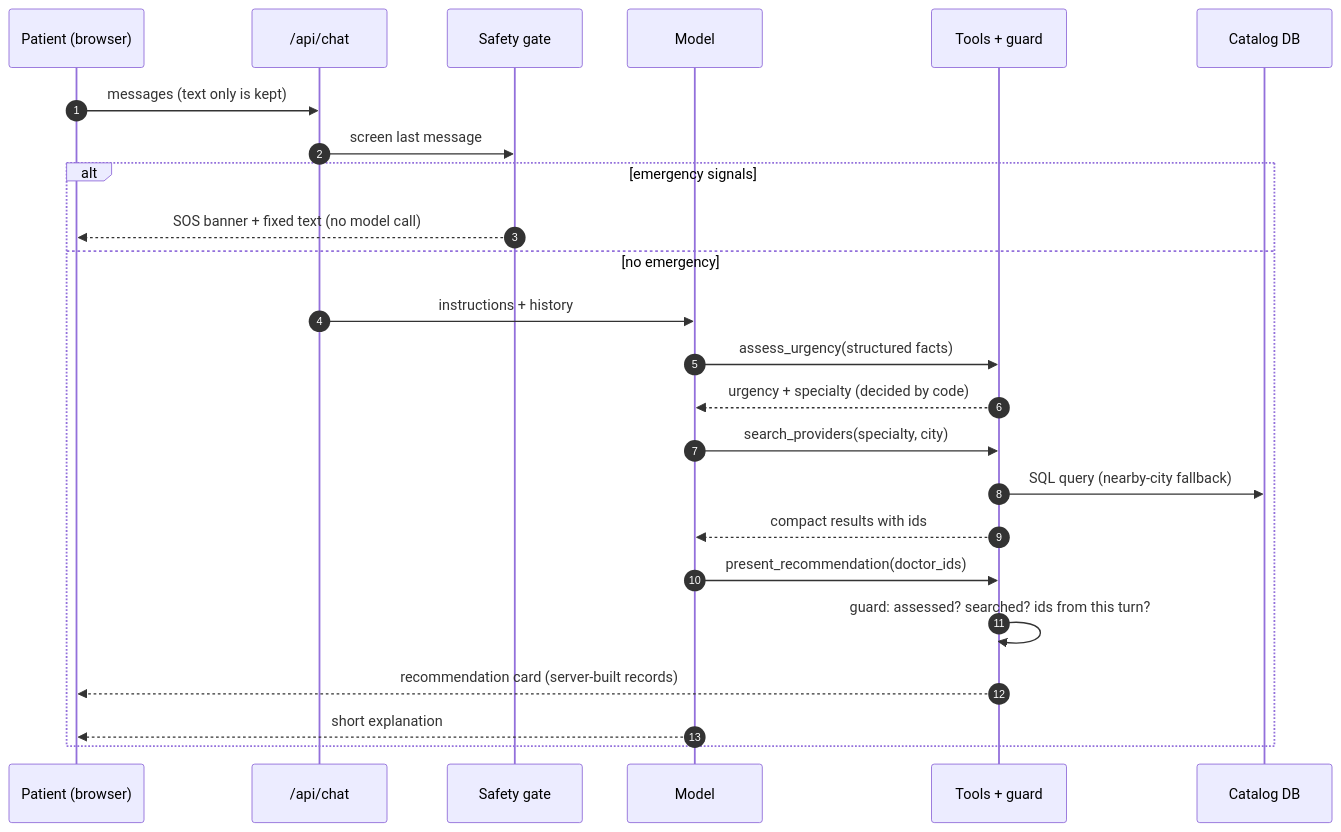
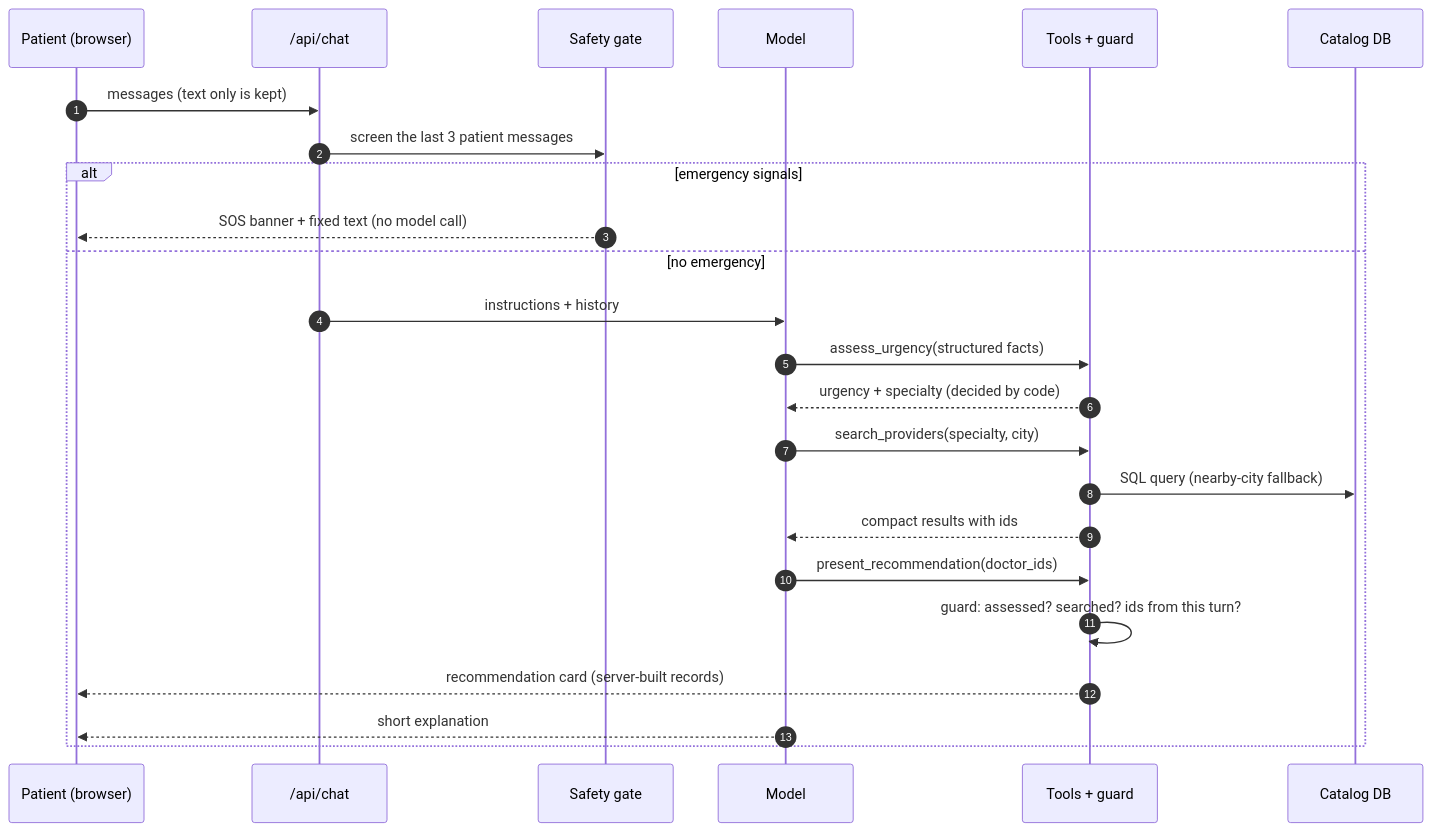
One commit to 0xA7MD1/healtrip-ai-assistant changed the second of 3 diagrams in README.md. Above: the diagram before and after it, drawn with Mermaid. The commit also changed other lines of this file and 1 other file, not shown here.

````diff
--- a/README.md
+++ b/README.md
@@ -81,27 +81,27 @@
 ```mermaid
 sequenceDiagram
   autonumber
   participant P as Patient (browser)
   participant R as /api/chat
   participant G as Safety gate
   participant M as Model
   participant T as Tools + guard
   participant D as Catalog DB
 
   P->>R: messages (text only is kept)
-  R->>G: screen last message
+  R->>G: screen the last 3 patient messages
   alt emergency signals
     G-->>P: SOS banner + fixed text (no model call)
   else no emergency
     R->>M: instructions + history
     M->>T: assess_urgency(structured facts)
     T-->>M: urgency + specialty (decided by code)
     M->>T: search_providers(specialty, city)
     T->>D: SQL query (nearby-city fallback)
     T-->>M: compact results with ids
     M->>T: present_recommendation(doctor_ids)
     T->>T: guard: assessed? searched? ids from this turn?
     T-->>P: recommendation card (server-built records)
     M-->>P: short explanation
   end
 ```
````
